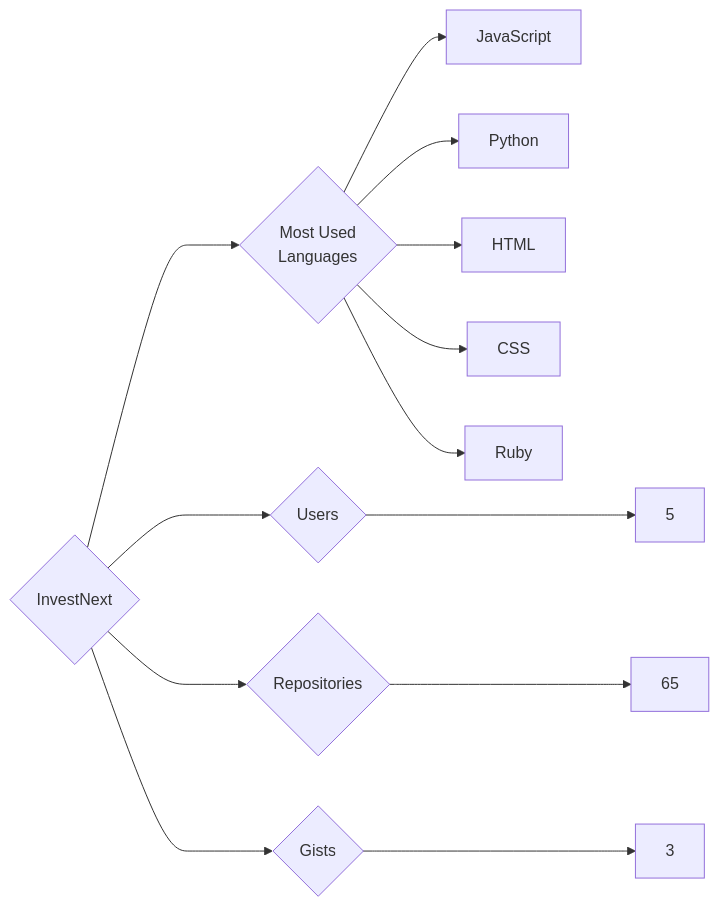
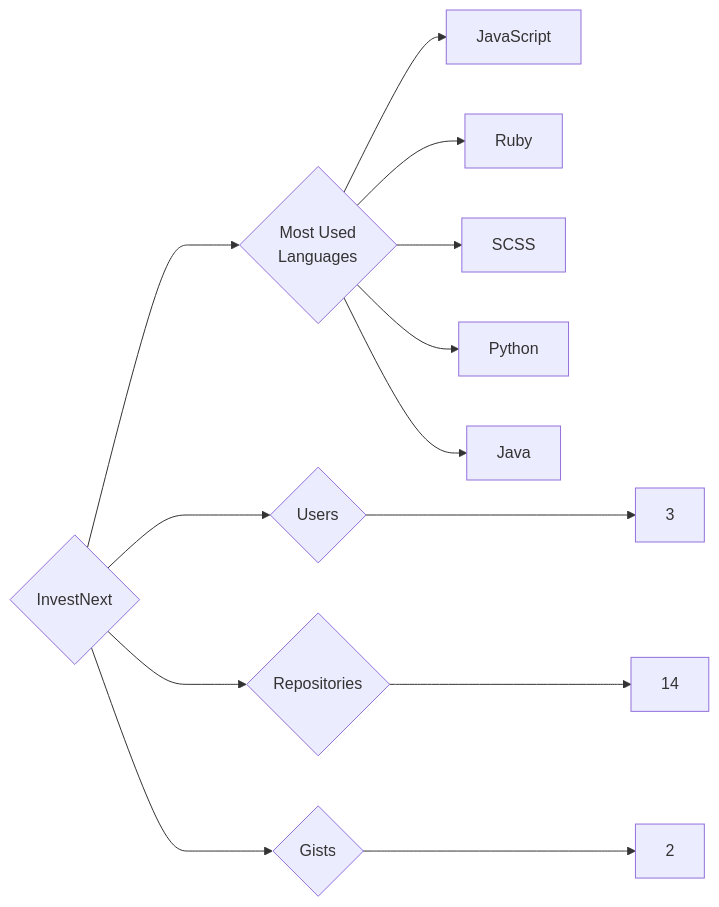
Before and after one commit to trickest/insiders: the diagram in targets/InvestNext/README.md, drawn with Mermaid. The commit also changed 1084 other files, not shown here.

````diff
--- a/targets/InvestNext/README.md
+++ b/targets/InvestNext/README.md
@@ -3,13 +3,13 @@
 ```mermaid
 graph LR
 COMPANY_NAME{InvestNext}
-COMPANY_NAME ---> U{Users} ---> UN[5]
-COMPANY_NAME ---> R{Repositories} ---> RN[65]
-COMPANY_NAME ---> G{Gists} ---> GN[3]
+COMPANY_NAME ---> U{Users} ---> UN[3]
+COMPANY_NAME ---> R{Repositories} ---> RN[14]
+COMPANY_NAME ---> G{Gists} ---> GN[2]
 COMPANY_NAME ---> ML{Most Used<br>Languages}
 ML --> JavaScript[JavaScript]
+ML --> Ruby[Ruby]
+ML --> SCSS[SCSS]
 ML --> Python[Python]
-ML --> HTML[HTML]
-ML --> CSS[CSS]
-ML --> Ruby[Ruby]
+ML --> Java[Java]
 ```
````
